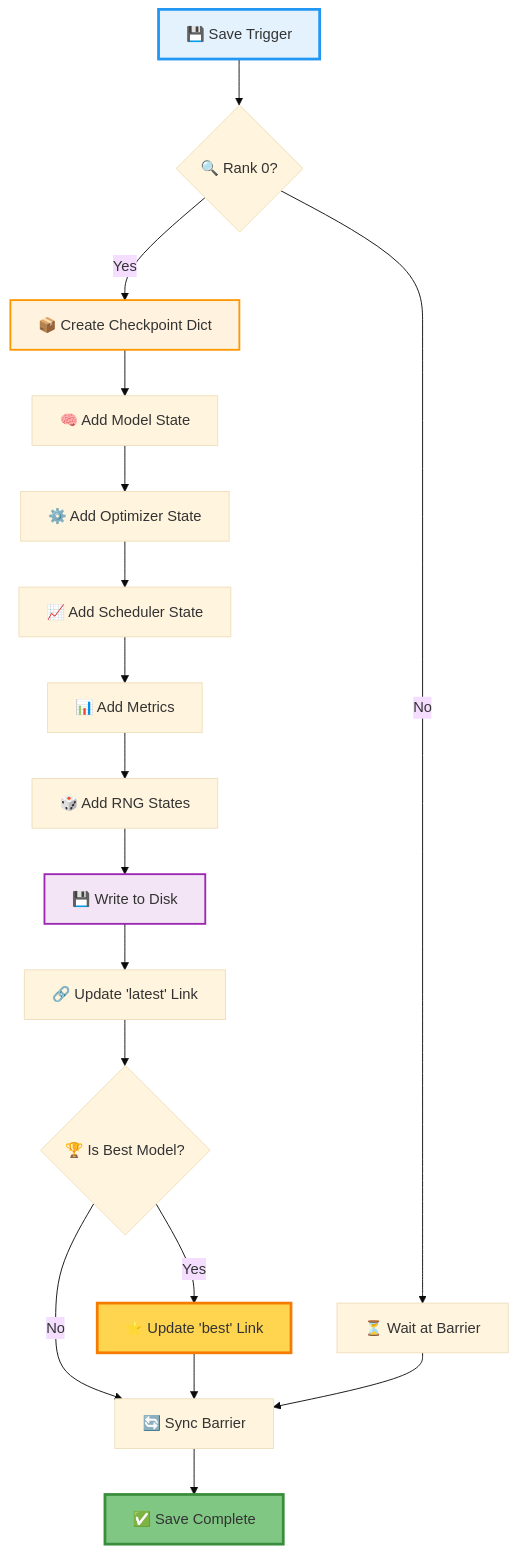
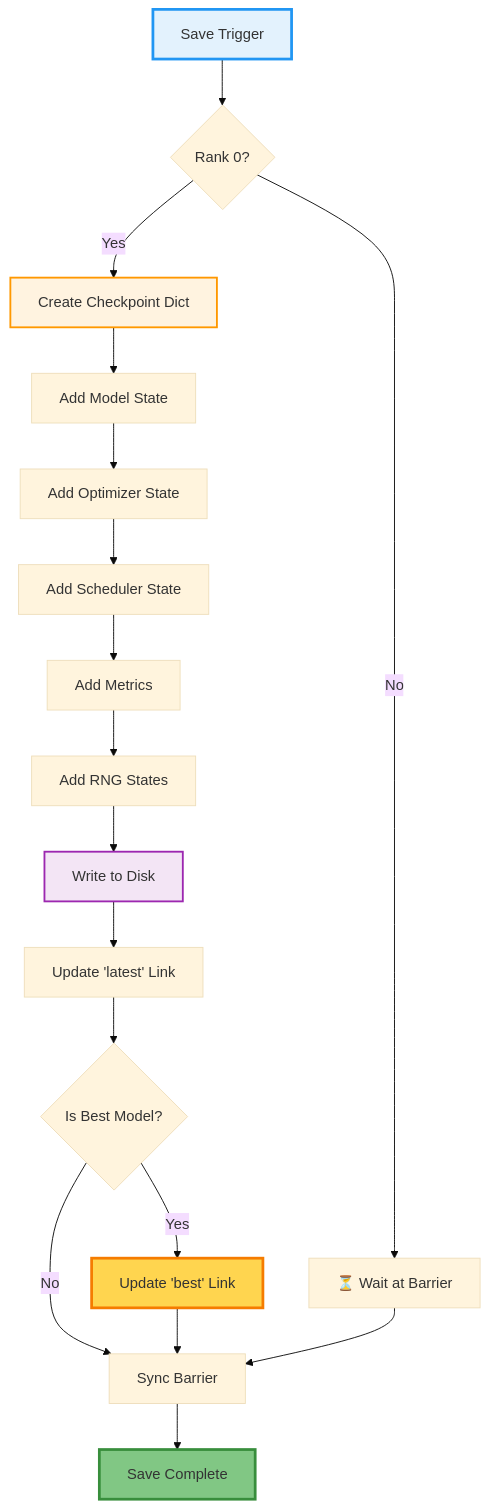
Before and after one commit to Pizzaman213/Ava_AI: diagram 11 of 23 in code/docs/FLOWCHARTS_VISUAL.md, drawn with Mermaid (base theme). The commit also changed other lines of this file and 215 other files, not shown here.

````diff
--- a/code/docs/FLOWCHARTS_VISUAL.md
+++ b/code/docs/FLOWCHARTS_VISUAL.md
@@ -332,28 +332,28 @@
 ```mermaid
 graph TD
-    A[💾 Save Trigger] --> B{🔍 Rank 0?}
+    A[ Save Trigger] --> B{ Rank 0?}
     B -->|No| C[⏳ Wait at Barrier]
-    B -->|Yes| D[📦 Create Checkpoint Dict]
+    B -->|Yes| D[ Create Checkpoint Dict]
 
-    D --> E[🧠 Add Model State]
-    E --> F[⚙️ Add Optimizer State]
-    F --> G[📈 Add Scheduler State]
-    G --> H[📊 Add Metrics]
-    H --> I[🎲 Add RNG States]
+    D --> E[ Add Model State]
+    E --> F[ Add Optimizer State]
+    F --> G[ Add Scheduler State]
+    G --> H[ Add Metrics]
+    H --> I[ Add RNG States]
 
-    I --> J[💾 Write to Disk]
-    J --> K[🔗 Update 'latest' Link]
-    K --> L{🏆 Is Best Model?}
-    L -->|Yes| M[⭐ Update 'best' Link]
-    L -->|No| N[🔄 Sync Barrier]
+    I --> J[ Write to Disk]
+    J --> K[ Update 'latest' Link]
+    K --> L{ Is Best Model?}
+    L -->|Yes| M[ Update 'best' Link]
+    L -->|No| N[ Sync Barrier]
     M --> N
 
     C --> N
-    N --> O[✅ Save Complete]
+    N --> O[ Save Complete]
 
     style A fill:#E3F2FD,stroke:#2196F3,stroke-width:3px
     style D fill:#FFF3E0,stroke:#FF9800,stroke-width:2px
     style J fill:#F3E5F5,stroke:#9C27B0,stroke-width:2px
     style M fill:#FFD54F,stroke:#F57C00,stroke-width:3px
     style O fill:#81C784,stroke:#388E3C,stroke-width:3px
 ```
````
